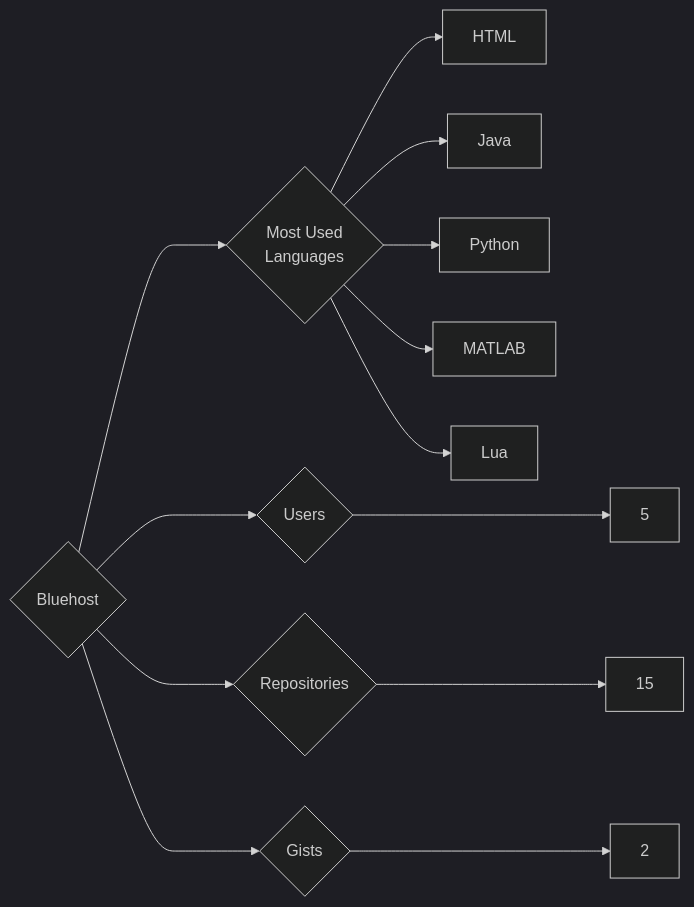
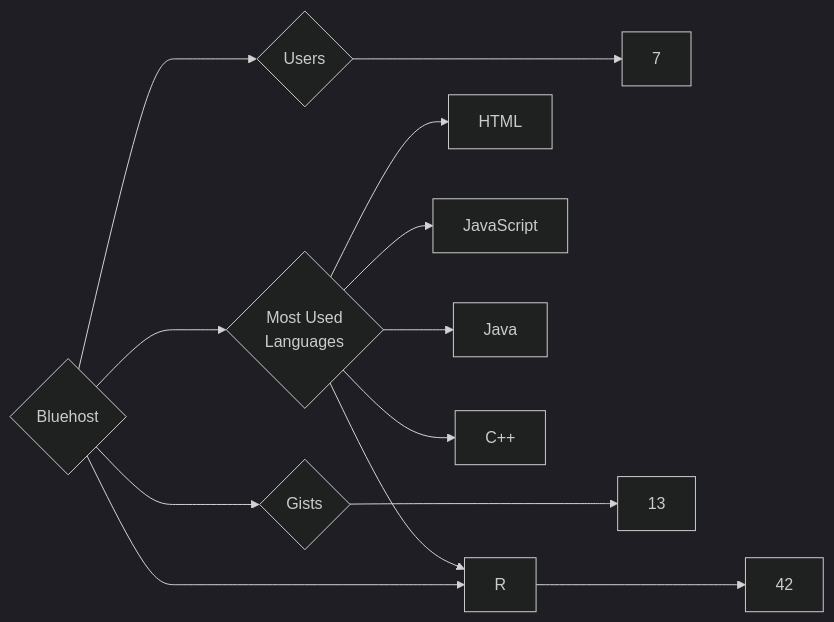
Before and after one commit to trickest/insiders: the diagram in targets/Bluehost/README.md, drawn with Mermaid (dark theme). The commit also changed 1088 other files, not shown here.

````diff
--- a/targets/Bluehost/README.md
+++ b/targets/Bluehost/README.md
@@ -3,13 +3,13 @@
 ```mermaid
 graph LR
 COMPANY_NAME{Bluehost}
-COMPANY_NAME ---> U{Users} ---> UN[5]
-COMPANY_NAME ---> R{Repositories} ---> RN[15]
-COMPANY_NAME ---> G{Gists} ---> GN[2]
+COMPANY_NAME ---> U{Users} ---> UN[7]
+COMPANY_NAME ---> R{Repositories} ---> RN[42]
+COMPANY_NAME ---> G{Gists} ---> GN[13]
 COMPANY_NAME ---> ML{Most Used<br>Languages}
 ML --> HTML[HTML]
+ML --> R[R]
+ML --> JavaScript[JavaScript]
 ML --> Java[Java]
-ML --> Python[Python]
-ML --> MATLAB[MATLAB]
-ML --> Lua[Lua]
+ML --> C++[C++]
 ```
````
